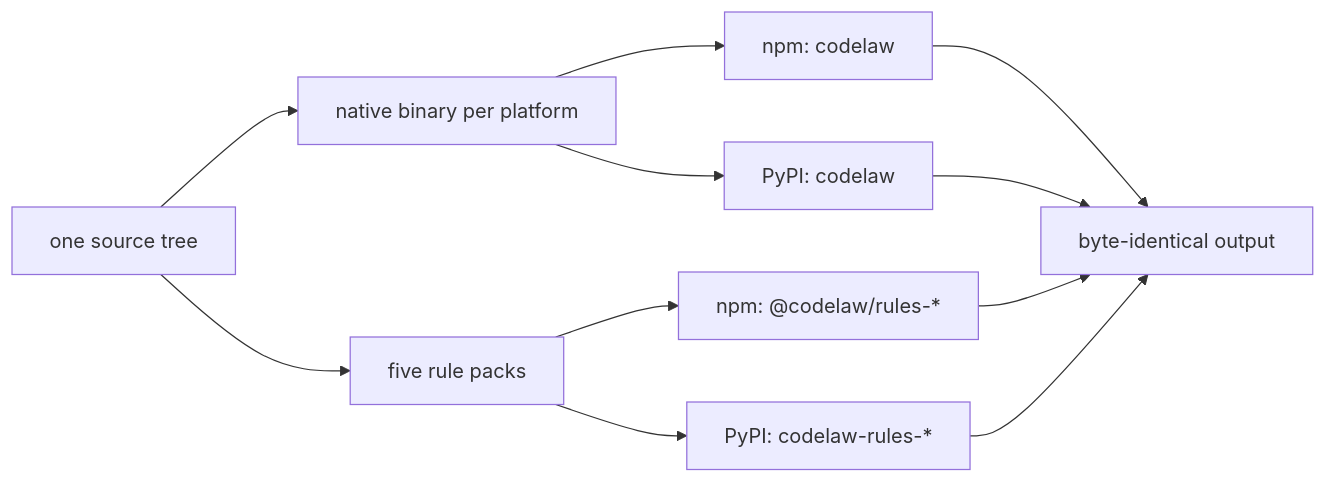
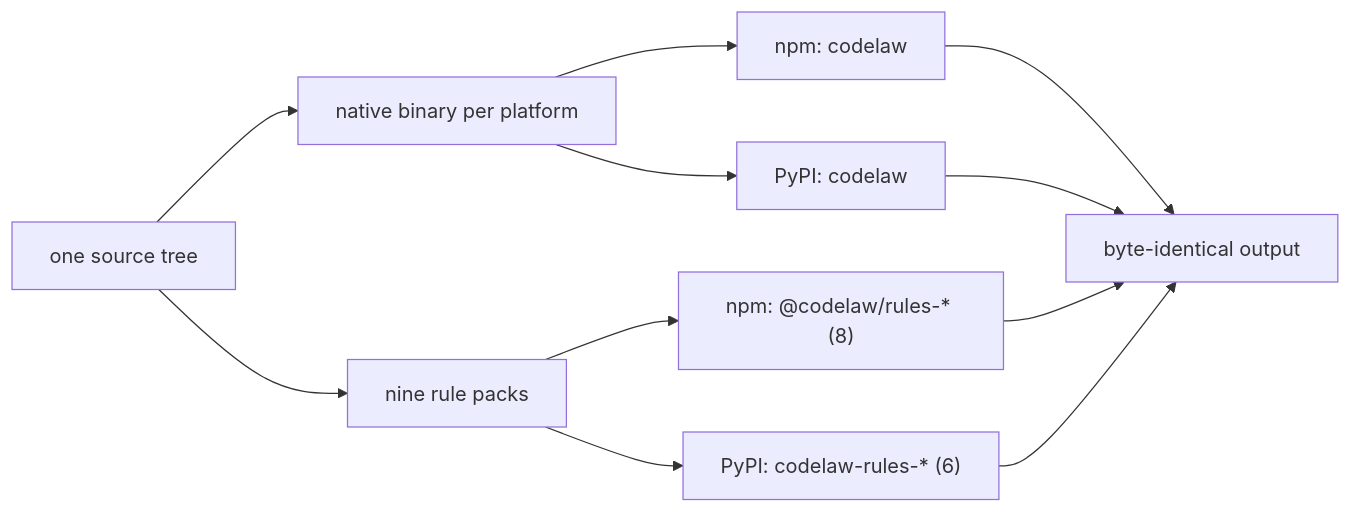
The diagram in records/0008_LAW-6-python-and-node-packages.md (arpitarya/codelaw), drawn with Mermaid before and after one commit. The commit also changed other lines of this file and 149 other files, not shown here.

````diff
--- a/records/0008_LAW-6-python-and-node-packages.md
+++ b/records/0008_LAW-6-python-and-node-packages.md
@@ -31,13 +31,13 @@
 ```mermaid
 flowchart LR
     B["one source tree"] --> X["native binary per platform"]
     X --> N["npm: codelaw"]
     X --> Y["PyPI: codelaw"]
-    B --> R["five rule packs"]
-    R --> N2["npm: @codelaw/rules-*"]
-    R --> Y2["PyPI: codelaw-rules-*"]
+    B --> R["nine rule packs"]
+    R --> N2["npm: @codelaw/rules-* (8)"]
+    R --> Y2["PyPI: codelaw-rules-* (6)"]
     N --> O["byte-identical output"]
     Y --> O
     N2 --> O
     Y2 --> O
 ```
````
